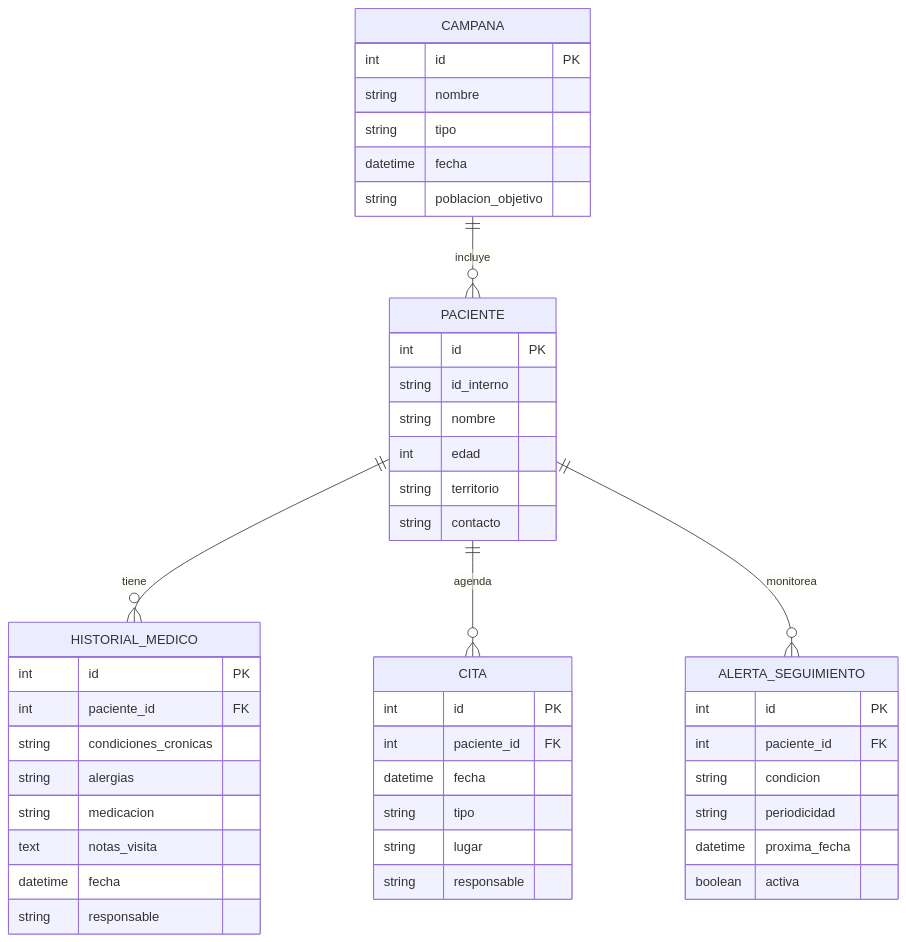
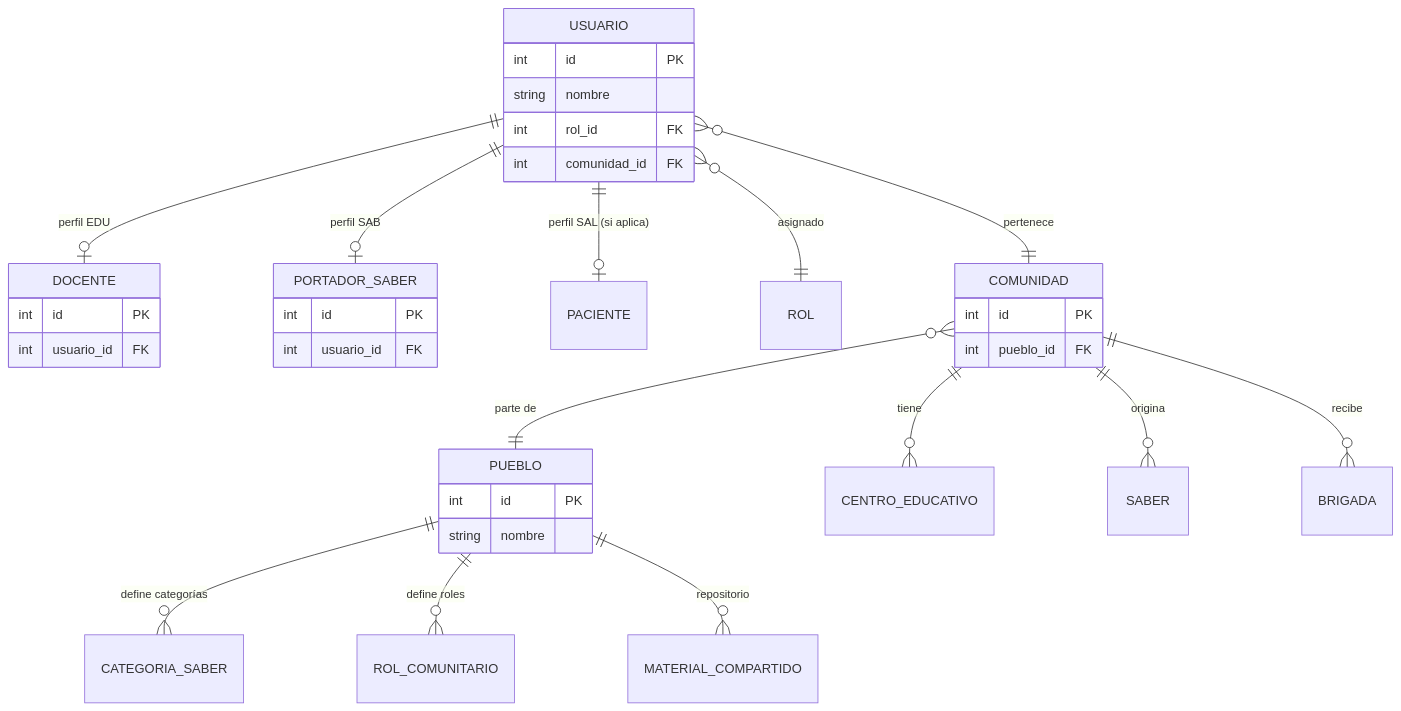
One commit to yonrasgg/RAICES_VIVAS changed the fifth of 5 diagrams in 04-Arquitectura/Modelo de Datos.md. Above: the diagram before and after it, drawn with Mermaid. The commit also changed other lines of this file and 1 other file, not shown here.

````diff
--- a/04-Arquitectura/Modelo de Datos.md
+++ b/04-Arquitectura/Modelo de Datos.md
@@ -121,53 +580,38 @@
 ```mermaid
 erDiagram
-    PACIENTE {
-        int id PK
-        string id_interno
-        string nombre
-        int edad
-        string territorio
-        string contacto
-    }
-    
-    HISTORIAL_MEDICO {
-        int id PK
-        int paciente_id FK
-        string condiciones_cronicas
-        string alergias
-        string medicacion
-        text notas_visita
-        datetime fecha
-        string responsable
-    }
-    
-    CITA {
-        int id PK
-        int paciente_id FK
-        datetime fecha
-        string tipo
-        string lugar
-        string responsable
-    }
-    
-    CAMPANA {
+    USUARIO ||--o| DOCENTE : "perfil EDU"
+    USUARIO ||--o| PORTADOR_SABER : "perfil SAB"
+    USUARIO ||--o| PACIENTE : "perfil SAL (si aplica)"
+    USUARIO }o--|| ROL : "asignado"
+    USUARIO }o--|| COMUNIDAD : "pertenece"
+    COMUNIDAD }o--|| PUEBLO : "parte de"
+    PUEBLO ||--o{ CATEGORIA_SABER : "define categorías"
+    PUEBLO ||--o{ ROL_COMUNITARIO : "define roles"
+    PUEBLO ||--o{ MATERIAL_COMPARTIDO : "repositorio"
+    COMUNIDAD ||--o{ CENTRO_EDUCATIVO : "tiene"
+    COMUNIDAD ||--o{ SABER : "origina"
+    COMUNIDAD ||--o{ BRIGADA : "recibe"
+
+    USUARIO {
         int id PK
         string nombre
-        string tipo
-        datetime fecha
-        string poblacion_objetivo
+        int rol_id FK
+        int comunidad_id FK
     }
-    
-    ALERTA_SEGUIMIENTO {
+    DOCENTE {
         int id PK
-        int paciente_id FK
-        string condicion
-        string periodicidad
-        datetime proxima_fecha
-        boolean activa
+        int usuario_id FK
     }
-    
-    PACIENTE ||--o{ HISTORIAL_MEDICO : "tiene"
-    PACIENTE ||--o{ CITA : "agenda"
-    PACIENTE ||--o{ ALERTA_SEGUIMIENTO : "monitorea"
-    CAMPANA ||--o{ PACIENTE : "incluye"
+    PORTADOR_SABER {
+        int id PK
+        int usuario_id FK
+    }
+    COMUNIDAD {
+        int id PK
+        int pueblo_id FK
+    }
+    PUEBLO {
+        int id PK
+        string nombre
+    }
 ```
````
